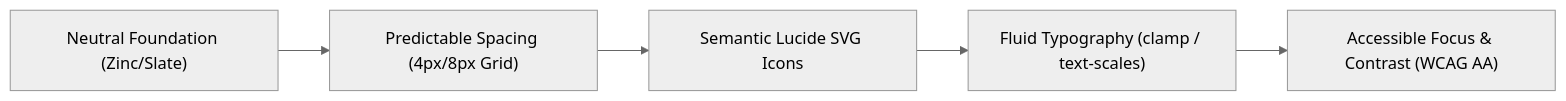
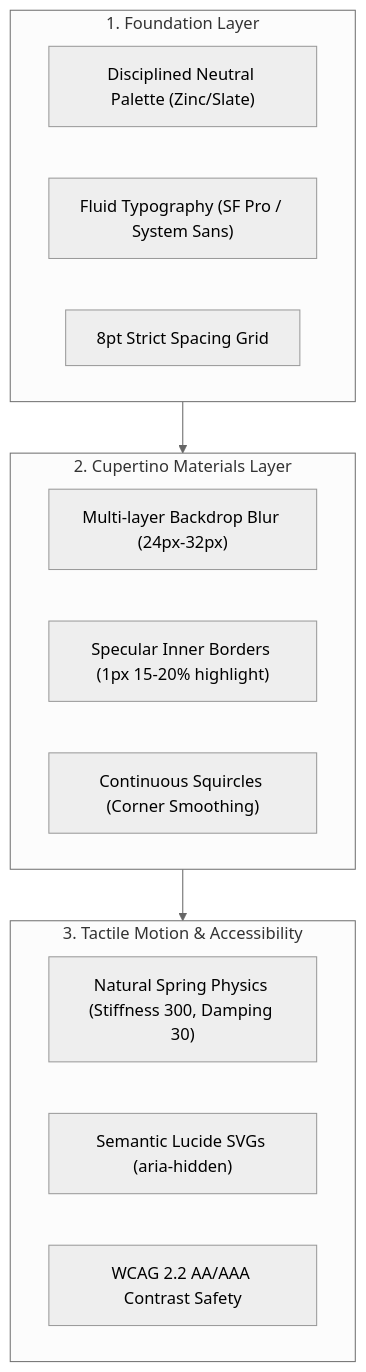
The diagram in skills/ui/SKILL.md (darknecrocities/SkillBuilder), drawn with Mermaid (neutral theme) before and after one commit. The commit also changed other lines of this file and 2 other files, not shown here.

````diff
--- a/skills/ui/SKILL.md
+++ b/skills/ui/SKILL.md
@@ -16,7 +16,19 @@
 ```mermaid
-flowchart LR
-    A["Neutral Foundation (Zinc/Slate)"] --> B["Predictable Spacing (4px/8px Grid)"]
-    B --> C["Semantic Lucide SVG Icons"]
-    C --> D["Fluid Typography (clamp / text-scales)"]
-    D --> E["Accessible Focus & Contrast (WCAG AA)"]
+flowchart TD
+    subgraph Foundation["1. Foundation Layer"]
+        A["Disciplined Neutral Palette (Zinc/Slate)"]
+        B["Fluid Typography (SF Pro / System Sans)"]
+        C["8pt Strict Spacing Grid"]
+    end
+    subgraph Materials["2. Cupertino Materials Layer"]
+        D["Multi-layer Backdrop Blur (24px-32px)"]
+        E["Specular Inner Borders (1px 15-20% highlight)"]
+        F["Continuous Squircles (Corner Smoothing)"]
+    end
+    subgraph Motion["3. Tactile Motion & Accessibility"]
+        G["Natural Spring Physics (Stiffness 300, Damping 30)"]
+        H["Semantic Lucide SVGs (aria-hidden)"]
+        I["WCAG 2.2 AA/AAA Contrast Safety"]
+    end
+    Foundation --> Materials --> Motion
 ```
````
